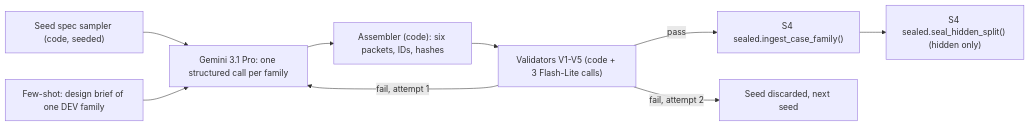
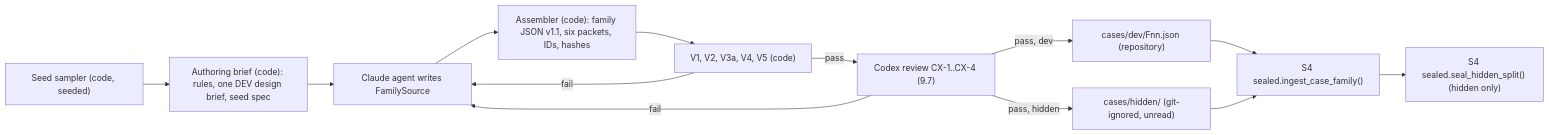
The diagram in docs/spec/S1-scenario-engine.md (bbsatvik01/unissant_agentic_training_arena), drawn with Mermaid before and after one commit. The commit also changed other lines of this file and 12 other files, not shown here.

````diff
--- a/docs/spec/S1-scenario-engine.md
+++ b/docs/spec/S1-scenario-engine.md
@@ -321,11 +339,15 @@
 ```mermaid
 flowchart LR
-  SS["Seed spec sampler (code, seeded)"] --> G["Gemini 3.1 Pro: one structured call per family"]
-  FS["Few-shot: design brief of one DEV family"] --> G
-  G --> A["Assembler (code): six packets, IDs, hashes"]
-  A --> V["Validators V1-V5 (code + 3 Flash-Lite calls)"]
-  V -- fail, attempt 1 --> G
-  V -- pass --> I["S4 sealed.ingest_case_family()"]
+  SS["Seed sampler (code, seeded)"] --> B["Authoring brief (code): rules, one DEV design brief, seed spec"]
+  B --> W["Claude agent writes FamilySource"]
+  W --> A["Assembler (code): family JSON v1.1, six packets, IDs, hashes"]
+  A --> V["V1, V2, V3a, V4, V5 (code)"]
+  V -- fail --> W
+  V -- pass --> C["Codex review CX-1..CX-4 (9.7)"]
+  C -- fail --> W
+  C -- pass, dev --> R["cases/dev/Fnn.json (repository)"]
+  C -- pass, hidden --> H["cases/hidden/ (git-ignored, unread)"]
+  R --> I["S4 sealed.ingest_case_family()"]
+  H --> I
   I --> S["S4 sealed.seal_hidden_split() (hidden only)"]
-  V -- fail, attempt 2 --> X["Seed discarded, next seed"]
 ```
````
